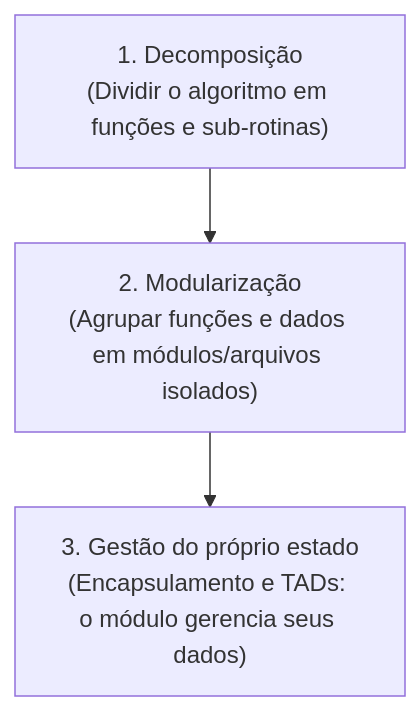
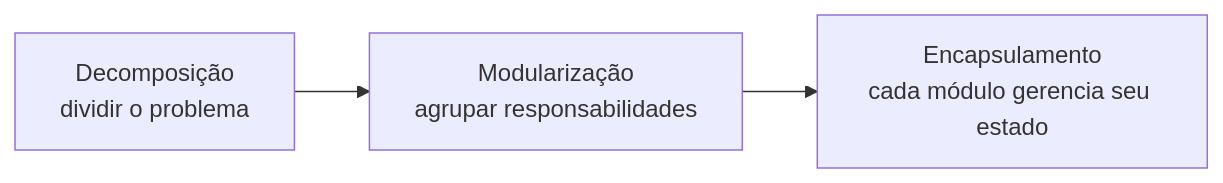
Before and after one commit to leorruas/puc: the first of 3 diagrams in 01. Programacao Modular/01. Introdução à programação modular.md, drawn with Mermaid. The commit also changed other lines of this file, not shown here.

Commit message:
Normaliza Mermaid introdutórios de Programação Modular

````diff
--- a/01. Programacao Modular/01. Introdução à programação modular.md
+++ b/01. Programacao Modular/01. Introdução à programação modular.md
@@ -74,9 +74,9 @@
 ```mermaid
-flowchart TD
-    A["1. Decomposição<br>(Dividir o algoritmo em funções e sub-rotinas)"]
-    B["2. Modularização<br>(Agrupar funções e dados em módulos/arquivos isolados)"]
-    C["3. Gestão do próprio estado<br>(Encapsulamento e TADs: o módulo gerencia seus dados)"]
+flowchart LR
+    Decompor["Decomposição<br>dividir o problema"]:::component
+    Modularizar["Modularização<br>agrupar responsabilidades"]:::core
+    Encapsular["Encapsulamento<br>cada módulo gerencia seu estado"]:::data
 
-    A --> B
-    B --> C
+    Decompor --> Modularizar
+    Modularizar --> Encapsular
 ```
````
